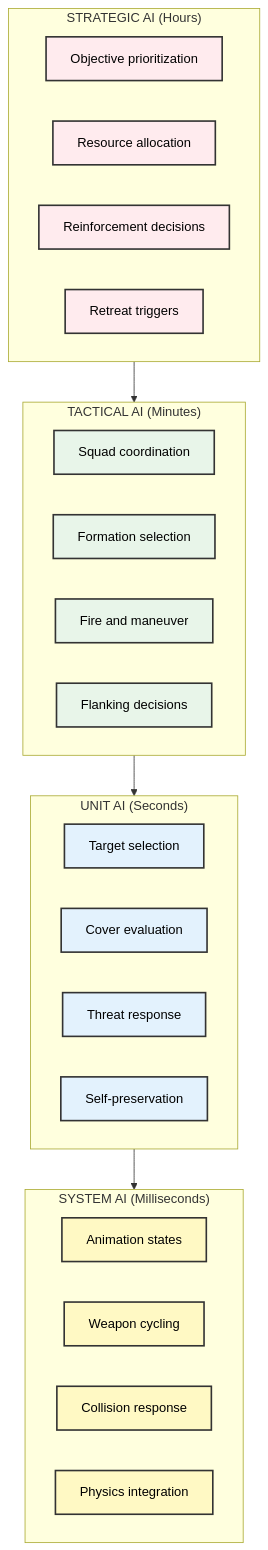
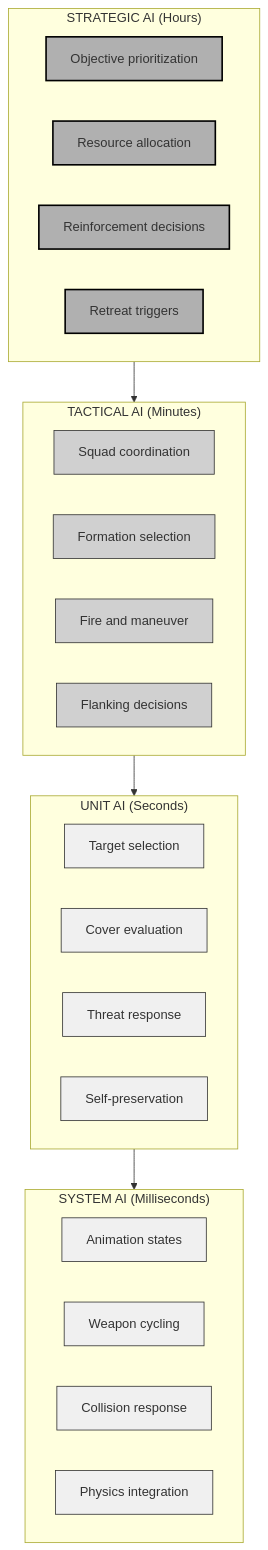
The first of 6 diagrams in chapter_14_ai_systems.md (jukofyork/close-combat-architecture-study), drawn with Mermaid before and after one commit. The commit also changed other lines of this file and 15 other files, not shown here.

````diff
--- a/chapter_14_ai_systems.md
+++ b/chapter_14_ai_systems.md
@@ -49,44 +49,44 @@
 ```mermaid
 flowchart TB
-    classDef strategic fill:#ffebee,stroke:#333,stroke-width:2px,color:#000
-    classDef tactical fill:#e8f5e9,stroke:#333,stroke-width:2px,color:#000
-    classDef unit fill:#e3f2fd,stroke:#333,stroke-width:2px,color:#000
-    classDef system fill:#fff9c4,stroke:#333,stroke-width:2px,color:#000
+    classDef default fill:#fff,stroke:#000,stroke-width:1px
+    classDef light fill:#f0f0f0,stroke:#333,stroke-width:1px
+    classDef medium fill:#d0d0d0,stroke:#333,stroke-width:1px
+    classDef dark fill:#b0b0b0,stroke:#000,stroke-width:2px
 
     subgraph STRATEGIC_AI["STRATEGIC AI (Hours)"]
         S1[Objective prioritization]
         S2[Resource allocation]
         S3[Reinforcement decisions]
         S4[Retreat triggers]
     end
 
     subgraph TACTICAL_AI["TACTICAL AI (Minutes)"]
         T1[Squad coordination]
         T2[Formation selection]
         T3[Fire and maneuver]
         T4[Flanking decisions]
     end
 
     subgraph UNIT_AI["UNIT AI (Seconds)"]
         U1[Target selection]
         U2[Cover evaluation]
         U3[Threat response]
         U4[Self-preservation]
     end
 
     subgraph SYSTEM_AI["SYSTEM AI (Milliseconds)"]
         SY1[Animation states]
         SY2[Weapon cycling]
         SY3[Collision response]
         SY4[Physics integration]
     end
 
     STRATEGIC_AI --> TACTICAL_AI
     TACTICAL_AI --> UNIT_AI
     UNIT_AI --> SYSTEM_AI
 
-    class S1,S2,S3,S4 strategic
-    class T1,T2,T3,T4 tactical
-    class U1,U2,U3,U4 unit
-    class SY1,SY2,SY3,SY4 system
+    class S1,S2,S3,S4 dark
+    class T1,T2,T3,T4 medium
+    class U1,U2,U3,U4 light
+    class SY1,SY2,SY3,SY4 light
 ```
````
